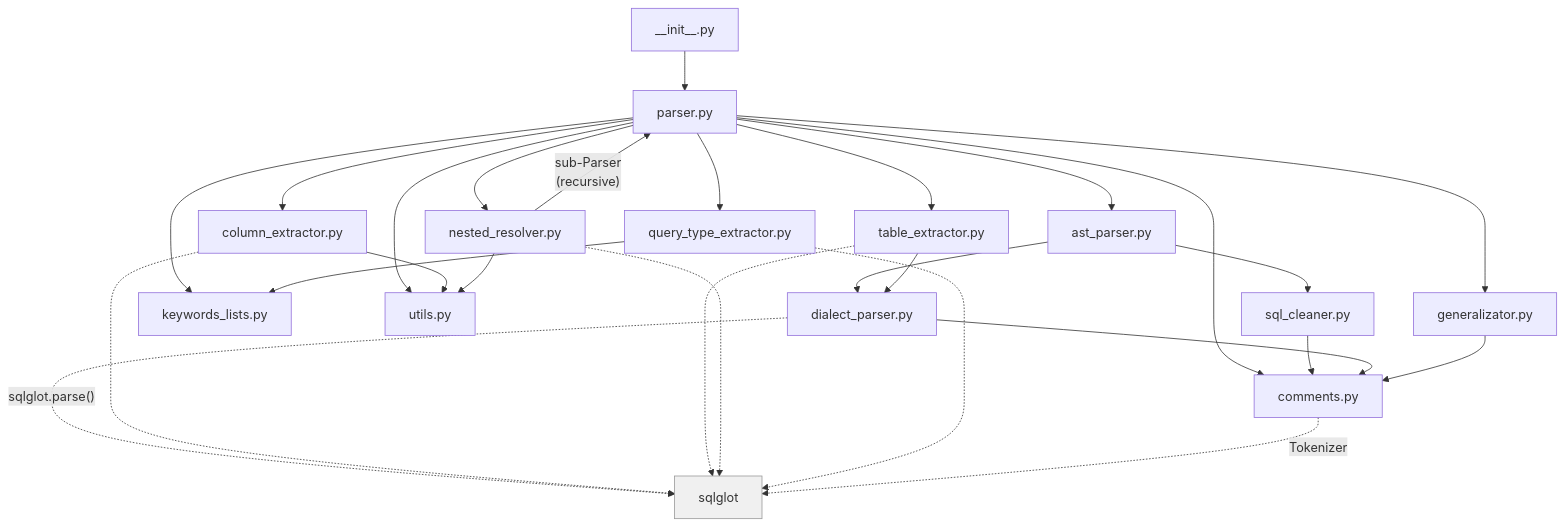
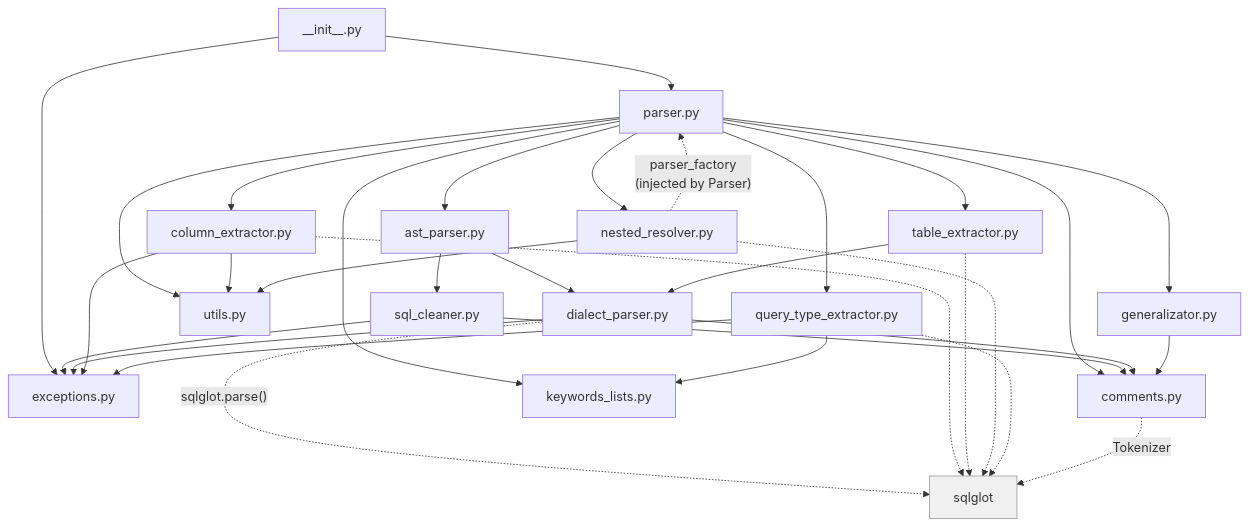
One commit to macbre/sql-metadata changed the ninth of 9 diagrams in ARCHITECTURE.md. Above: the diagram before and after it, drawn with Mermaid. The commit also changed other lines of this file and 7 other files, not shown here.

````diff
--- a/ARCHITECTURE.md
+++ b/ARCHITECTURE.md
@@ -513,36 +519,41 @@
 ```mermaid
 flowchart TB
     INIT["__init__.py"]
     INIT --> P["parser.py"]
+    INIT --> EXC["exceptions.py"]
 
     P --> AST["ast_parser.py"]
     P --> EXT["column_extractor.py"]
     P --> TAB["table_extractor.py"]
     P --> RES["nested_resolver.py"]
     P --> QT["query_type_extractor.py"]
     P --> COM["comments.py"]
     P --> GEN["generalizator.py"]
     P --> KW["keywords_lists.py"]
     P --> UT["utils.py"]
 
     AST --> SC["sql_cleaner.py"]
     AST --> DP["dialect_parser.py"]
 
     SC --> COM
+    SC --> EXC
     DP --> COM
+    DP --> EXC
     DP -.->|"sqlglot.parse()"| SG["sqlglot"]
     TAB --> DP
 
     EXT -.-> SG
     EXT --> UT
+    EXT --> EXC
     TAB -.-> SG
     RES -.-> SG
     RES --> UT
-    RES -->|"sub-Parser\n(recursive)"| P
+    RES -.->|"parser_factory\n(injected by Parser)"| P
     QT -.-> SG
     QT --> KW
+    QT --> EXC
     COM -.->|"Tokenizer"| SG
     GEN --> COM
 
     style SG fill:#f0f0f0,stroke:#999
 ```
````
